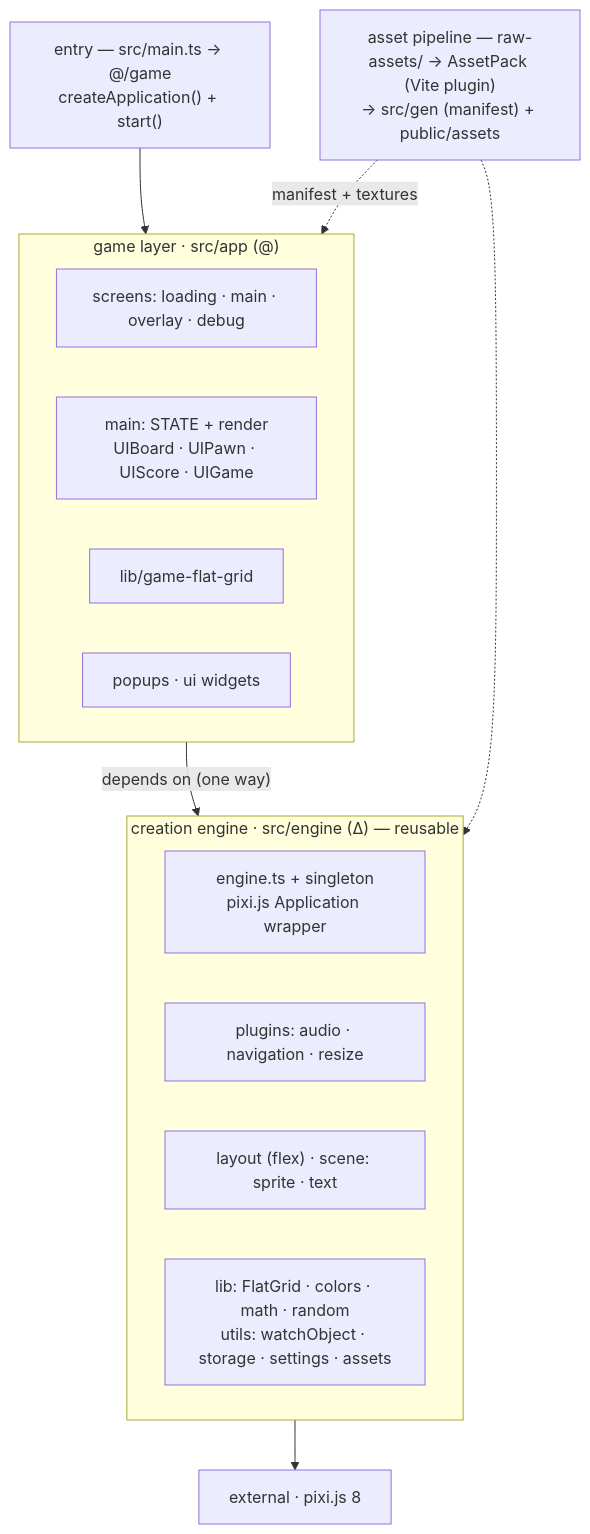
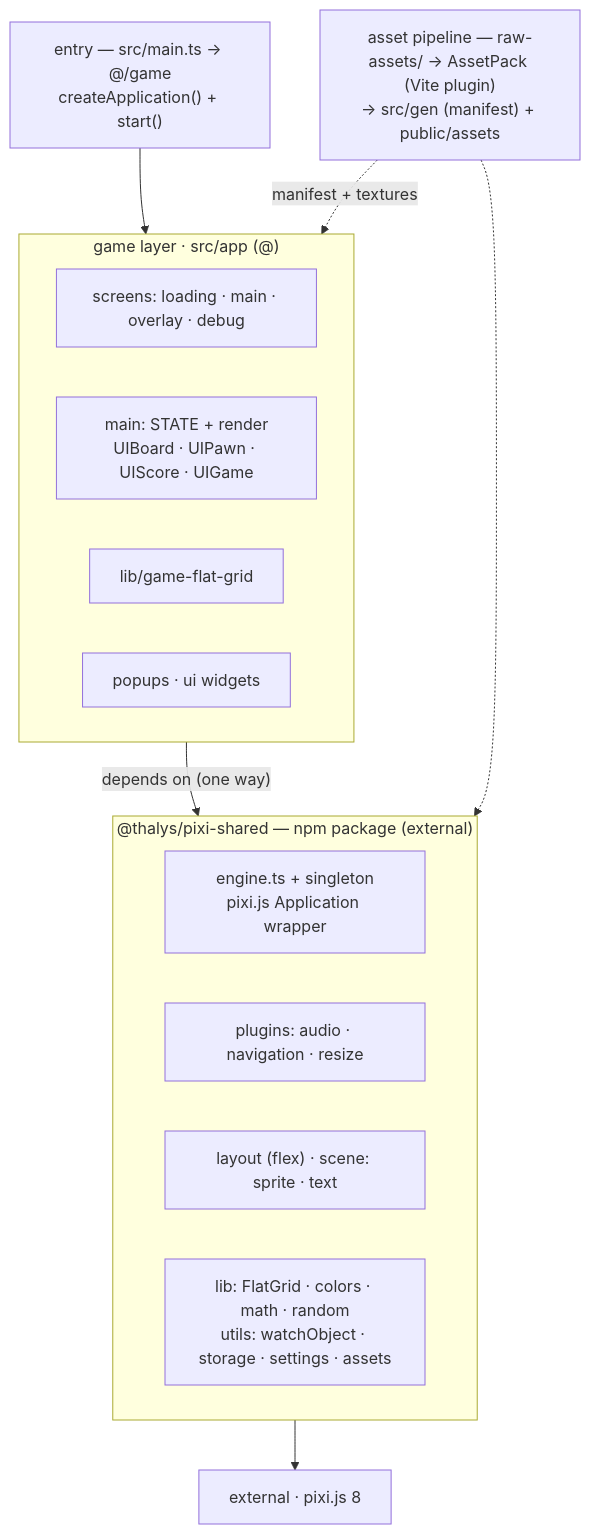
Before and after one commit to thalys-gg/game-2048: the diagram in docs/architecture.md, drawn with Mermaid. The commit also changed other lines of this file and 89 other files, not shown here.

First line of the commit message:
refactor: replace src/engine with @thalys/pixi-shared package

````diff
--- a/docs/architecture.md
+++ b/docs/architecture.md
@@ -7,27 +7,27 @@
 ```mermaid
 flowchart TB
   entry["entry — src/main.ts → @/game<br/>createApplication() + start()"]
 
   subgraph game["game layer · src/app (@)"]
     g1["screens: loading · main · overlay · debug"]
     g2["main: STATE + render<br/>UIBoard · UIPawn · UIScore · UIGame"]
     g3["lib/game-flat-grid"]
     g4["popups · ui widgets"]
   end
 
-  subgraph engine["creation engine · src/engine (∆) — reusable"]
+  subgraph engine["@thalys/pixi-shared — npm package (external)"]
     e1["engine.ts + singleton<br/>pixi.js Application wrapper"]
     e2["plugins: audio · navigation · resize"]
     e3["layout (flex) · scene: sprite · text"]
     e4["lib: FlatGrid · colors · math · random<br/>utils: watchObject · storage · settings · assets"]
   end
 
   assets["asset pipeline — raw-assets/ → AssetPack (Vite plugin)<br/>→ src/gen (manifest) + public/assets"]
   pixi["external · pixi.js 8"]
 
   entry --> game
   game -->|"depends on (one way)"| engine
   engine --> pixi
   assets -.->|"manifest + textures"| game
   assets -.-> engine
 ```
````
